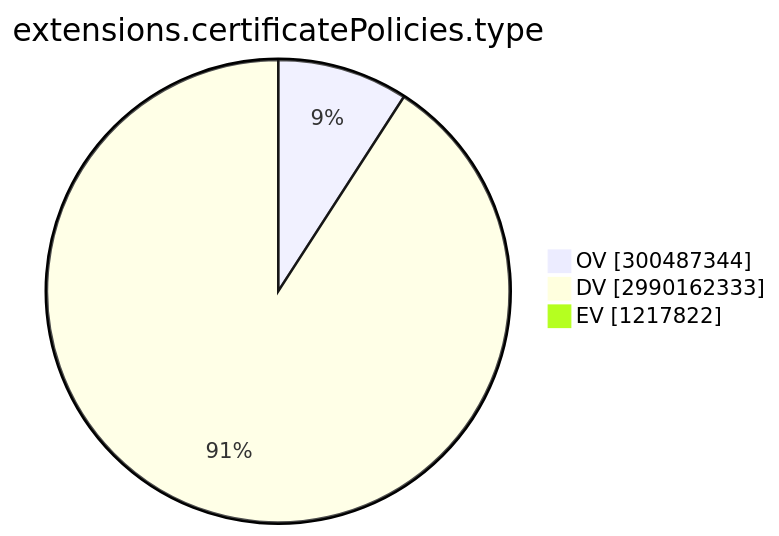
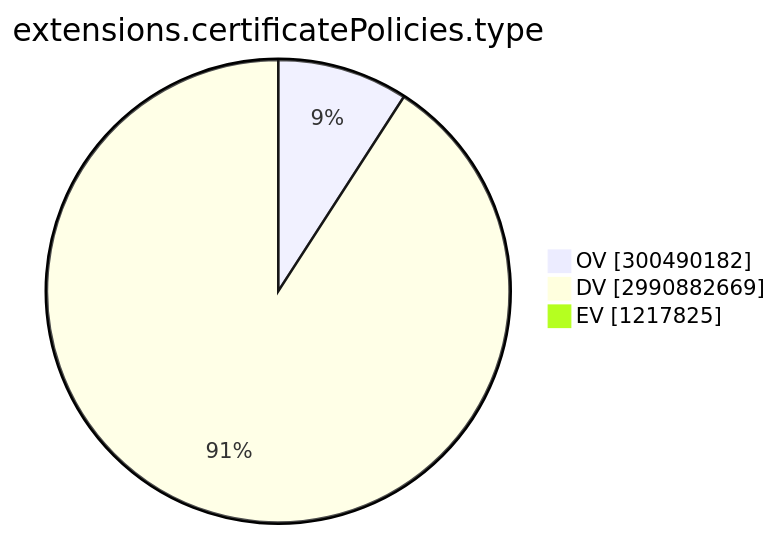
One commit to christiankrug/ctmonitor_visualization changed the ninth of 15 diagrams in TOTAL/README.md. Above: the diagram before and after it, drawn with Mermaid. The commit also changed other lines of this file, not shown here.

````diff
--- a/TOTAL/README.md
+++ b/TOTAL/README.md
@@ -3102,7 +3102,7 @@
 ```mermaid
 pie showData
 title extensions.certificatePolicies.type
-"OV" :300487344
-"DV" :2990162333
-"EV" :1217822
+"OV" :300490182
+"DV" :2990882669
+"EV" :1217825
 ```
````
